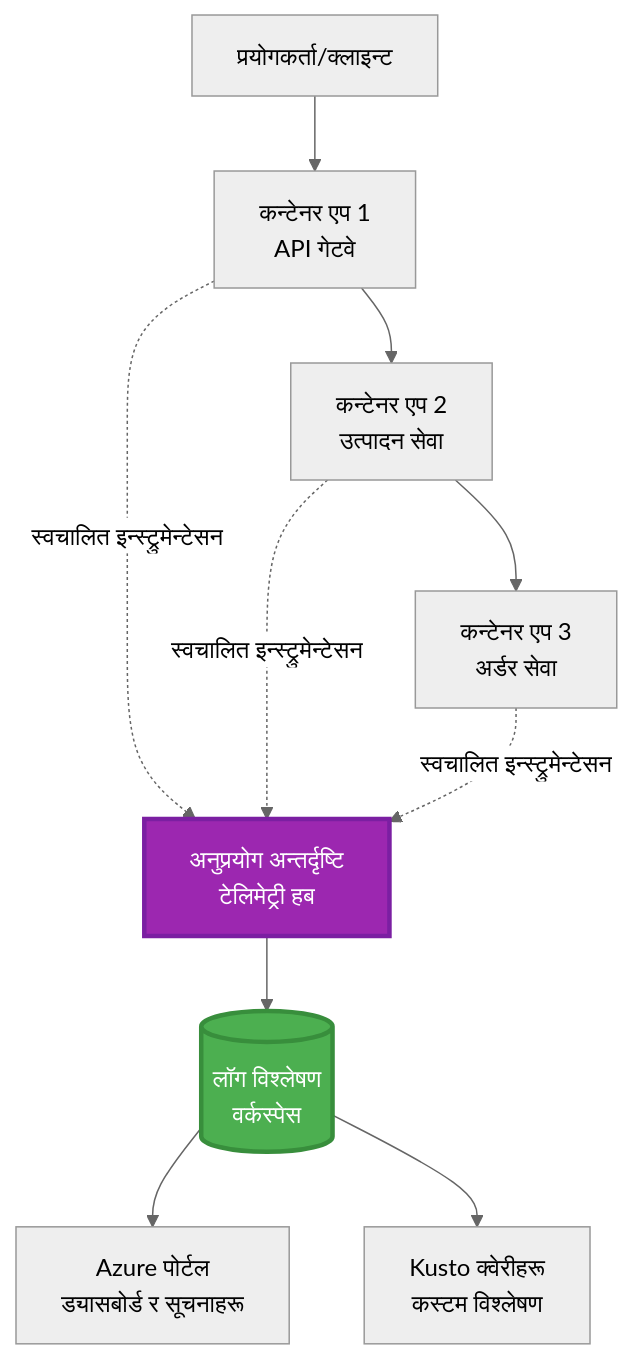
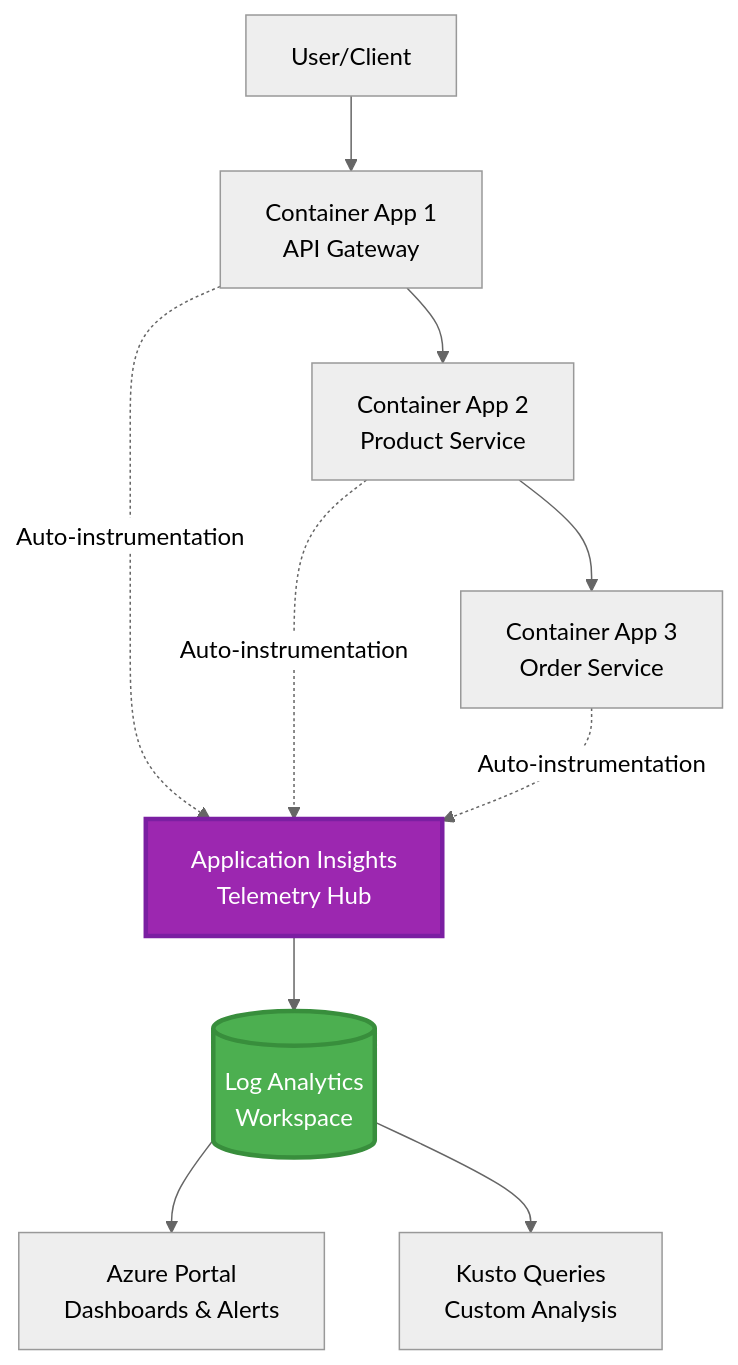
One commit to microsoft/AZD-for-beginners changed the first of 2 diagrams in translations/ne/docs/chapter-06-pre-deployment/application-insights.md. Above: the diagram before and after it, drawn with Mermaid (neutral theme). The commit also changed other lines of this file and 9 other files, not shown here.

````diff
--- a/translations/ne/docs/chapter-06-pre-deployment/application-insights.md
+++ b/translations/ne/docs/chapter-06-pre-deployment/application-insights.md
@@ -58,28 +58,28 @@
 ```mermaid
 graph TB
-    User[प्रयोगकर्ता/क्लाइन्ट]
-    App1[कन्टेनर एप 1<br/>API गेटवे]
-    App2[कन्टेनर एप 2<br/>उत्पादन सेवा]
-    App3[कन्टेनर एप 3<br/>अर्डर सेवा]
+    User[User/Client]
+    App1[Container App 1<br/>API Gateway]
+    App2[Container App 2<br/>Product Service]
+    App3[Container App 3<br/>Order Service]
     
-    AppInsights[अनुप्रयोग अन्तर्दृष्टि<br/>टेलिमेट्री हब]
-    LogAnalytics[(लॉग विश्लेषण<br/>वर्कस्पेस)]
+    AppInsights[Application Insights<br/>Telemetry Hub]
+    LogAnalytics[(Log Analytics<br/>Workspace)]
     
-    Portal[Azure पोर्टल<br/>ड्यासबोर्ड र सूचनाहरू]
-    Query[Kusto क्वेरीहरू<br/>कस्टम विश्लेषण]
+    Portal[Azure Portal<br/>Dashboards & Alerts]
+    Query[Kusto Queries<br/>Custom Analysis]
     
     User --> App1
     App1 --> App2
     App2 --> App3
     
-    App1 -.->|स्वचालित इन्स्ट्रुमेन्टेसन| AppInsights
-    App2 -.->|स्वचालित इन्स्ट्रुमेन्टेसन| AppInsights
-    App3 -.->|स्वचालित इन्स्ट्रुमेन्टेसन| AppInsights
+    App1 -.->|Auto-instrumentation| AppInsights
+    App2 -.->|Auto-instrumentation| AppInsights
+    App3 -.->|Auto-instrumentation| AppInsights
     
     AppInsights --> LogAnalytics
     LogAnalytics --> Portal
     LogAnalytics --> Query
     
     style AppInsights fill:#9C27B0,stroke:#7B1FA2,stroke-width:3px,color:#fff
     style LogAnalytics fill:#4CAF50,stroke:#388E3C,stroke-width:3px,color:#fff
 ```
````
